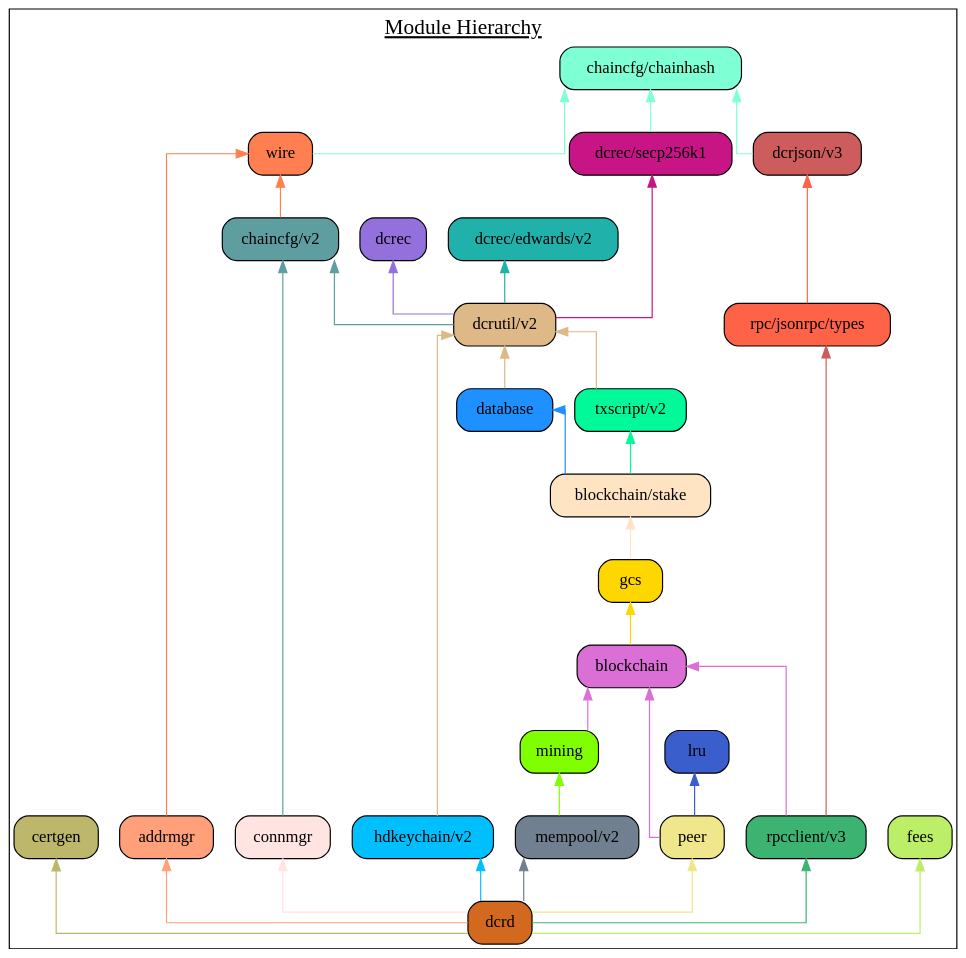
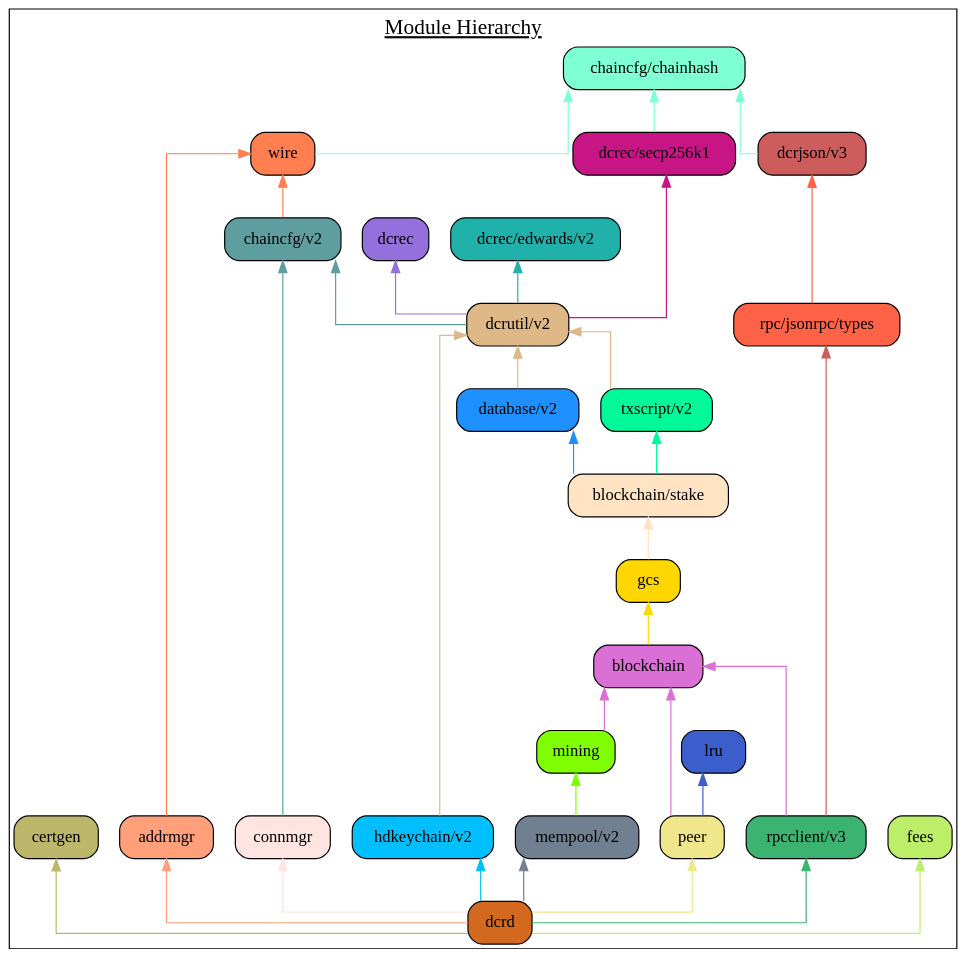
One commit to decred/dcrd changed the diagram in docs/assets/module_hierarchy.gv. Above: the diagram before and after it, drawn with Graphviz. The commit also changed 2 other files, not shown here.

Commit message:
docs: Update for database v2 module.
This updates the docs/README.md file, module hierarchy graphviz, and
module hierarchy diagram to reflect the new module version

```diff
--- a/docs/assets/module_hierarchy.gv
+++ b/docs/assets/module_hierarchy.gv
@@ -1,67 +1,67 @@
 digraph {
 	graph [splines=ortho colorscheme=svg label=<<u>Module Hierarchy</u>> labelloc=t fontsize=18.0]
 	node [shape=box style="filled, rounded"]
 
 	certgen [label="certgen" fillcolor=darkkhaki]
 	chainhash [label="chaincfg/chainhash" fillcolor=aquamarine]
 	dcrjson [label="dcrjson/v3" fillcolor=indianred]
 	types [label="rpc/jsonrpc/types" fillcolor=tomato]
 	wire [label="wire" fillcolor=coral]
 	addrmgr [label="addrmgr" fillcolor=lightsalmon]
 	chaincfg [label="chaincfg/v2" fillcolor=cadetblue]
 	connmgr [label="connmgr" fillcolor=mistyrose]
 	dcrec [label="dcrec" fillcolor=mediumpurple]
 	edwards [label="dcrec/edwards/v2" fillcolor=lightseagreen]
 	secp256k1 [label="dcrec/secp256k1" fillcolor=mediumvioletred]
 	dcrutil [label="dcrutil/v2" fillcolor=burlywood]
-	database [label="database" fillcolor=dodgerblue]
+	database [label="database/v2" fillcolor=dodgerblue]
 	hdkeychain [label="hdkeychain/v2" fillcolor=deepskyblue]
 	txscript [label="txscript/v2" fillcolor=mediumspringgreen]
 	stake [label="blockchain/stake" fillcolor=bisque]
 	gcs [label="gcs" fillcolor=gold]
 	blockchain [label="blockchain" fillcolor=orchid]
 	mempool [label="mempool/v2" fillcolor=slategray]
 	mining [label="mining" fillcolor=chartreuse]
 	lru  [label="lru" fillcolor=royalblue3]
 	peer [label="peer" fillcolor=khaki]
 	rpcclient [label="rpcclient/v3" fillcolor=mediumseagreen]
 	fees [label="fees" fillcolor=darkolivegreen2]
 	dcrd [label="dcrd" fillcolor=chocolate]
 
 	{rank=same connmgr addrmgr hdkeychain peer rpcclient mempool}
 
 	certgen
 	chainhash -> dcrjson [dir=back color=aquamarine]
 	chainhash -> wire [dir=back color=aquamarine]
 	wire -> addrmgr [dir=back color=coral]
 	wire -> chaincfg [dir=back color=coral]
 	chaincfg -> connmgr [dir=back color=cadetblue]
 	chainhash -> secp256k1 [dir=back color=aquamarine]
 	chaincfg -> dcrutil [dir=back color=cadetblue]
 	dcrec -> dcrutil [dir=back color=mediumpurple]
 	edwards ->  dcrutil [dir=back color=lightseagreen]
 	secp256k1 ->  dcrutil [dir=back color=mediumvioletred]
 	dcrutil -> database [dir=back color=burlywood]
 	dcrutil -> hdkeychain [dir=back color=burlywood]
 	dcrutil -> txscript [dir=back color=burlywood]
 	database ->  stake [dir=back color=dodgerblue]
 	txscript -> stake [dir=back color=mediumspringgreen]
 	stake -> gcs [dir=back color=bisque]
 	gcs -> blockchain [dir=back color=gold]
 	blockchain -> mining [dir=back color=orchid]
 	mining -> mempool [dir=back color=chartreuse]
 	lru -> peer [dir=back color=royalblue3]
 	blockchain -> peer [dir=back color=orchid]
 	blockchain -> rpcclient [dir=back color=orchid]
 	dcrjson -> types [dir=back color=tomato]
 	types -> rpcclient [dir=back color=indianred]
 
 	fees -> dcrd [dir=back color=darkolivegreen2]
 	mempool -> dcrd [dir=back color=slategray]
 	certgen -> dcrd [dir=back color=darkkhaki]
 	addrmgr -> dcrd [dir=back color=lightsalmon]
 	hdkeychain -> dcrd [dir=back color=deepskyblue]
 	connmgr -> dcrd [dir=back color=mistyrose]
 	rpcclient -> dcrd [dir=back color=mediumseagreen]
 	peer -> dcrd [dir=back color=khaki]
 }
```
